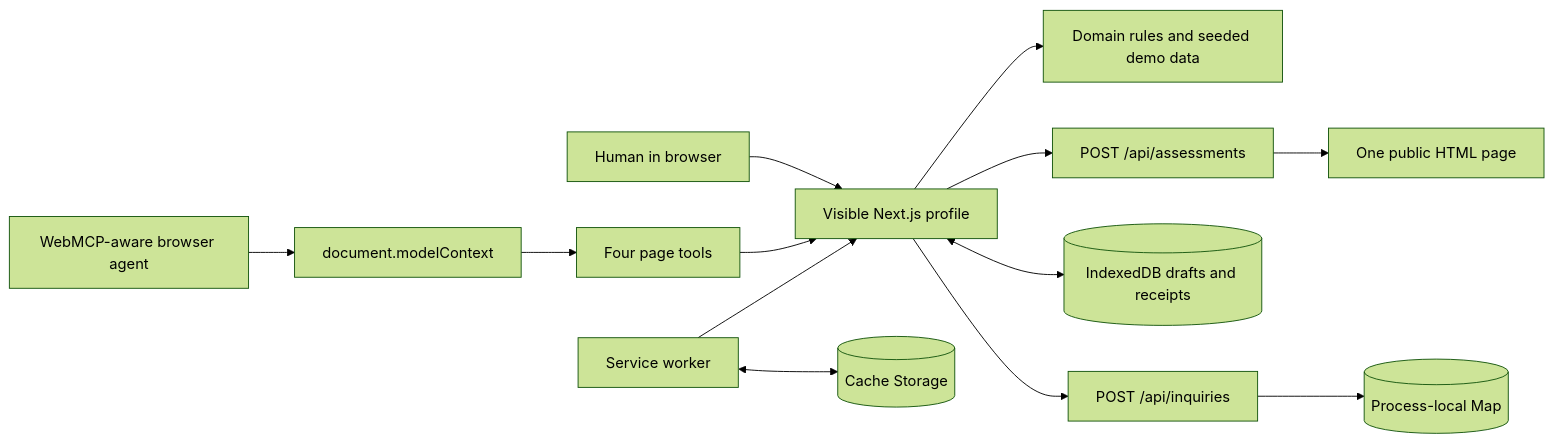
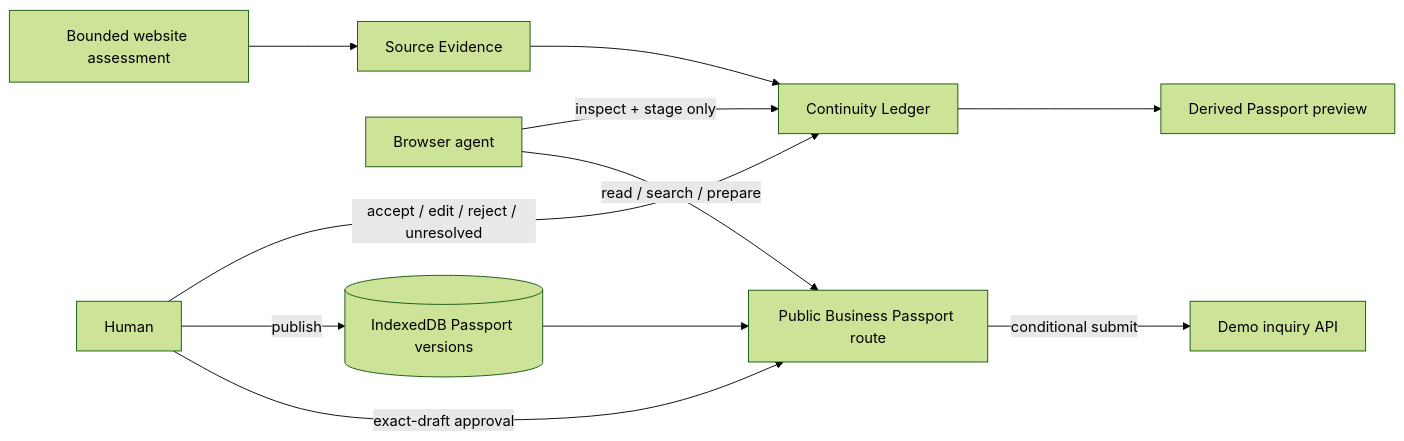
One commit to wagaba26/stillhere changed the first of 2 diagrams in docs/architecture.md. Above: the diagram before and after it, drawn with Mermaid (forest theme). The commit also changed other lines of this file and 4 other files, not shown here.

Commit message:
docs: document the continuity passport architecture

````diff
--- a/docs/architecture.md
+++ b/docs/architecture.md
@@ -7,15 +7,13 @@
 ```mermaid
 flowchart LR
-    H[Human in browser] --> UI[Visible Next.js profile]
-    A[WebMCP-aware browser agent] --> MC[document.modelContext]
-    MC --> WT[Four page tools]
-    WT --> UI
-    UI --> D[Domain rules and seeded demo data]
-    UI --> OBS[POST /api/assessments]
-    OBS --> WEB[One public HTML page]
-    UI <--> IDB[(IndexedDB drafts and receipts)]
-    UI --> API[POST /api/inquiries]
-    API --> MEM[(Process-local Map)]
-    SW[Service worker] <--> CACHE[(Cache Storage)]
-    SW --> UI
+    ASSESS[Bounded website assessment] --> EVIDENCE[Source Evidence]
+    EVIDENCE --> LEDGER[Continuity Ledger]
+    AGENT[Browser agent] -->|inspect + stage only| LEDGER
+    HUMAN[Human] -->|accept / edit / reject / unresolved| LEDGER
+    LEDGER --> PREVIEW[Derived Passport preview]
+    HUMAN -->|publish| VERSIONS[(IndexedDB Passport versions)]
+    VERSIONS --> PROFILE[Public Business Passport route]
+    AGENT -->|read / search / prepare| PROFILE
+    HUMAN -->|exact-draft approval| PROFILE
+    PROFILE -->|conditional submit| API[Demo inquiry API]
 ```
````
